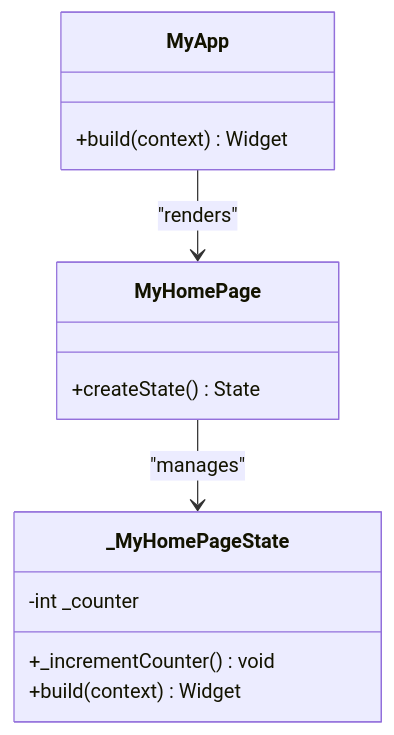
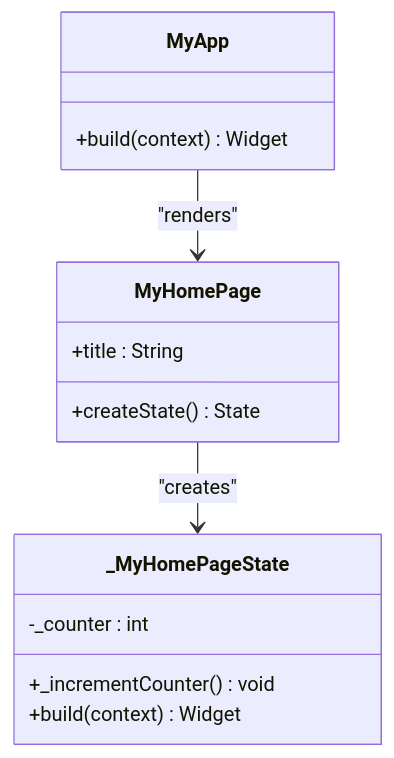
Before and after one commit to Sammm81/AlturaPos: the second of 3 diagrams in .qoder/repowiki/en/content/Project Overview.md, drawn with Mermaid. The commit also changed other lines of this file and 24 other files, not shown here.

First line of the commit message:
refactor(docs): remove comprehensive architecture and integration documentation

````diff
--- a/.qoder/repowiki/en/content/Project Overview.md
+++ b/.qoder/repowiki/en/content/Project Overview.md
@@ -57,16 +92,17 @@
 ```mermaid
 classDiagram
 class MyApp {
 +build(context) Widget
 }
 class MyHomePage {
++title : String
 +createState() State
 }
 class _MyHomePageState {
--int _counter
+-_counter : int
 +_incrementCounter() void
 +build(context) Widget
 }
 MyApp --> MyHomePage : "renders"
-MyHomePage --> _MyHomePageState : "manages"
+MyHomePage --> _MyHomePageState : "creates"
 ```
````
